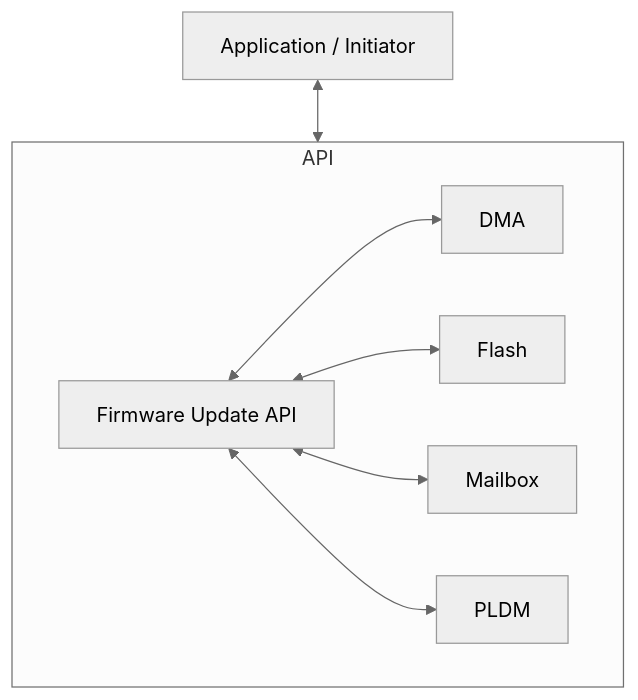
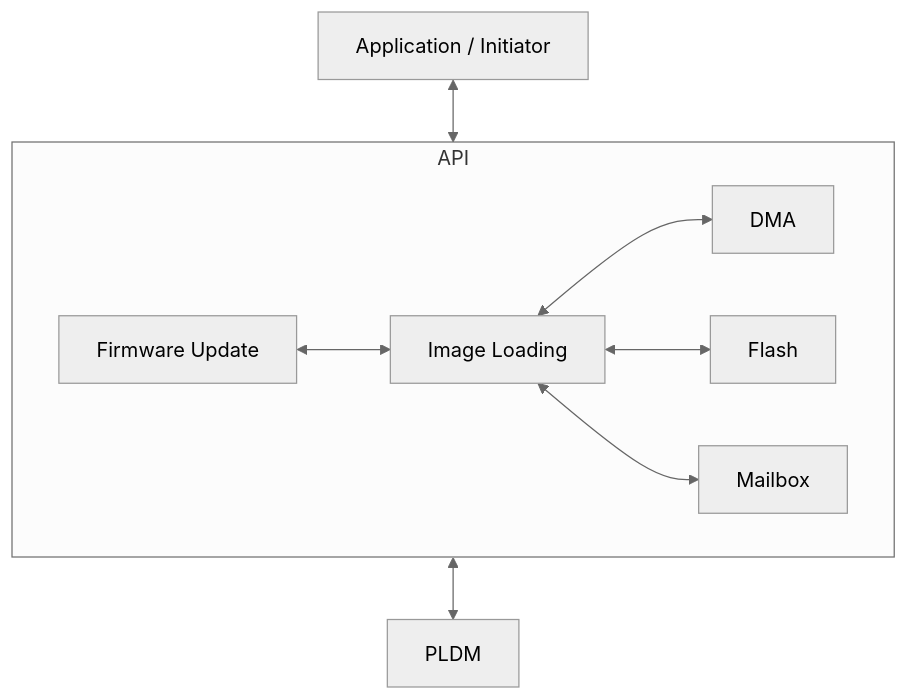
Before and after one commit to chipsalliance/caliptra-mcu-sw: the first of 9 diagrams in docs/src/firmware_update.md, drawn with Mermaid (neutral theme). The commit also changed other lines of this file and 905 other files, not shown here.

````diff
--- a/docs/src/firmware_update.md
+++ b/docs/src/firmware_update.md
@@ -11,12 +11,12 @@
 ```mermaid
 graph TD;
     A[Application / Initiator] <--> B[API];
     subgraph B[API]
         direction LR
-        B1[Firmware Update API];
-        B1 <--> B3[DMA]
-        B1 <--> B4[Flash]
-        B1 <--> B5[Mailbox]
-        B1 <--> B6[PLDM]
+        B1[Firmware Update] <--> B2[Image Loading];
+        B2 <--> B3[DMA]
+        B2 <--> B4[Flash]
+        B2 <--> B5[Mailbox]
     end
+    B <--> C[PLDM];
 ```
````
